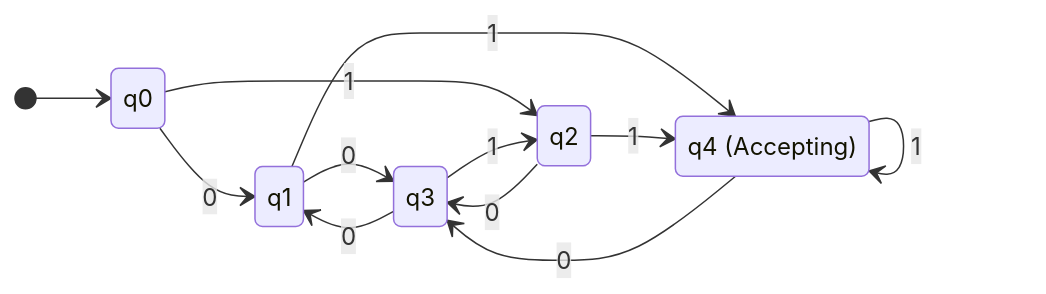
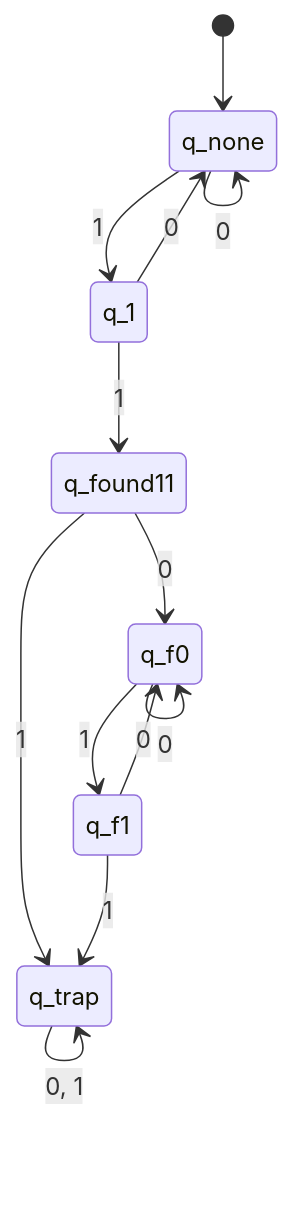
One commit to vikas-movva/Obsidian changed the sixth of 12 diagrams in School/CP414 Foundations of Computing/Assignments/Assignment 1.md. Above: the diagram before and after it, drawn with Mermaid. The commit also changed other lines of this file and 1 other file, not shown here.

````diff
--- a/School/CP414 Foundations of Computing/Assignments/Assignment 1.md
+++ b/School/CP414 Foundations of Computing/Assignments/Assignment 1.md
@@ -28,16 +124,18 @@
 ```mermaid
 stateDiagram-v2
-    direction LR
-    [*] --> q0
-    q0 --> q1: 0
-    q0 --> q2: 1
-    q1 --> q3: 0
-    q1 --> q4: 1
-    q2 --> q3: 0
-    q2 --> q4: 1
-    q3 --> q1: 0
-    q3 --> q2: 1
-    q4 --> q3: 0
-    q4 --> q4: 1
-    q4: q4 (Accepting)
+    [*] --> q_none
+    q_none --> q_1: 1
+    q_none --> q_none: 0
+    q_1 --> q_found11: 1
+    q_1 --> q_none: 0
+    q_found11 --> q_trap: 1
+    q_found11 --> q_f0: 0
+    q_f0 --> q_f0: 0
+    q_f0 --> q_f1: 1
+    q_f1 --> q_trap: 1
+    q_f1 --> q_f0: 0
+    q_trap --> q_trap: 0, 1
+    state q_found11 <<accept>>
+    state q_f0 <<accept>>
+    state q_f1 <<accept>>
 ```
````
